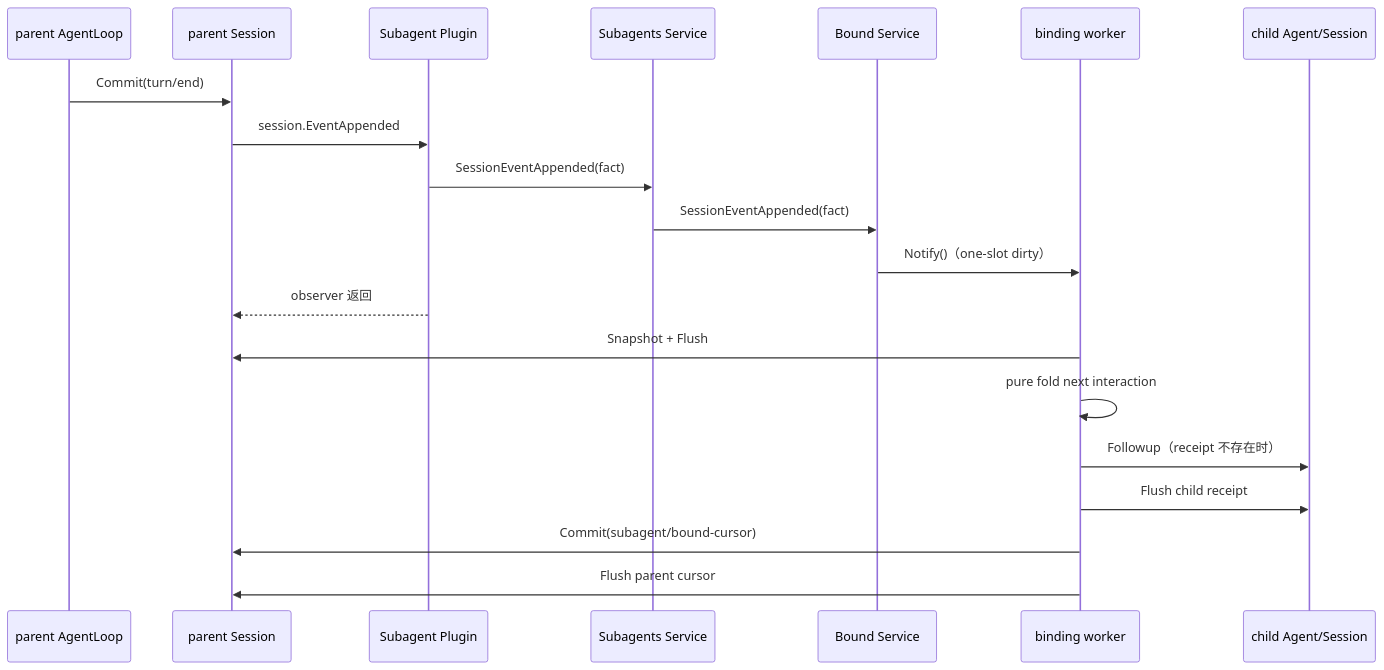
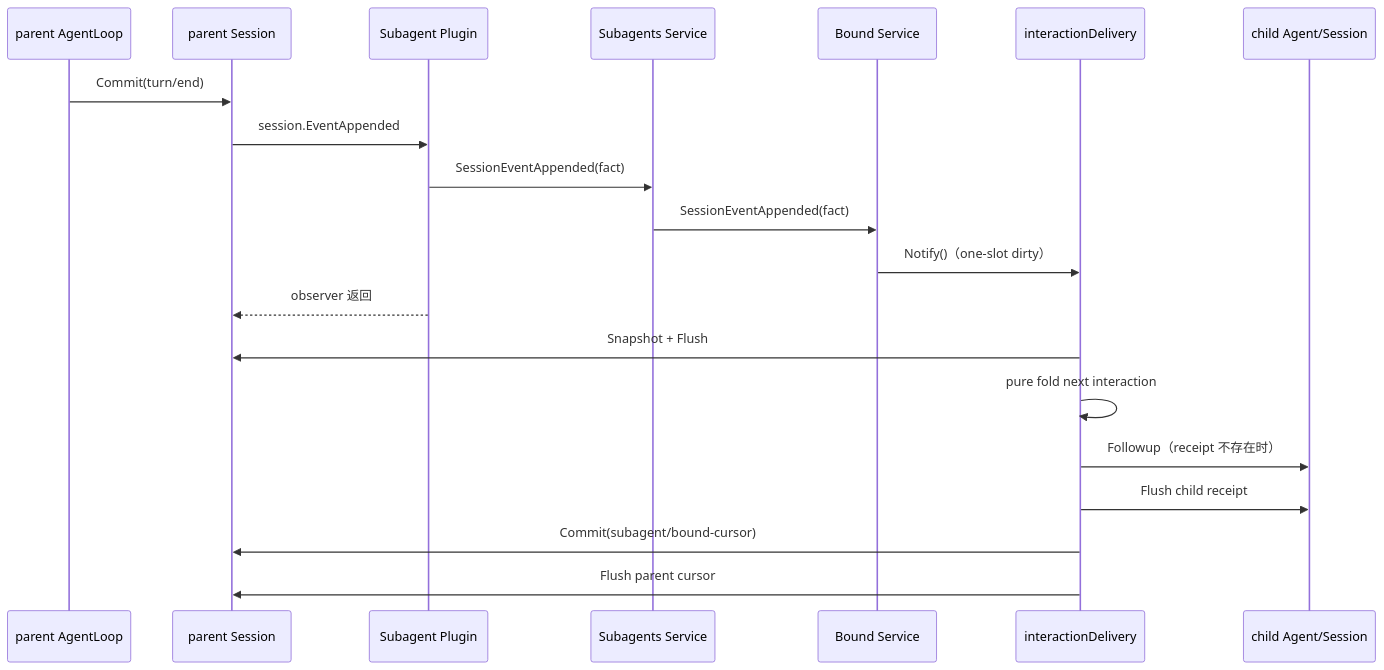
One commit to gorenx/goren changed the diagram in subagent/docs/session-event-delivery.zh-CN.md. Above: the diagram before and after it, drawn with Mermaid. The commit also changed other lines of this file and 5 other files, not shown here.

````diff
--- a/subagent/docs/session-event-delivery.zh-CN.md
+++ b/subagent/docs/session-event-delivery.zh-CN.md
@@ -34,23 +36,23 @@
 ```mermaid
 sequenceDiagram
     participant L as parent AgentLoop
     participant S as parent Session
     participant P as Subagent Plugin
     participant F as Subagents Service
     participant B as Bound Service
-    participant W as binding worker
+    participant W as interactionDelivery
     participant C as child Agent/Session
 
     L->>S: Commit(turn/end)
     S->>P: session.EventAppended
     P->>F: SessionEventAppended(fact)
     F->>B: SessionEventAppended(fact)
     B->>W: Notify()（one-slot dirty）
     P-->>S: observer 返回
     W->>S: Snapshot + Flush
     W->>W: pure fold next interaction
     W->>C: Followup（receipt 不存在时）
     W->>C: Flush child receipt
     W->>S: Commit(subagent/bound-cursor)
     W->>S: Flush parent cursor
 ```
````
